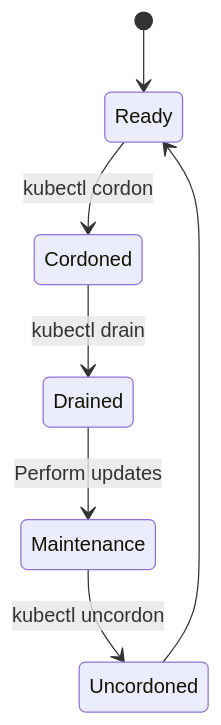
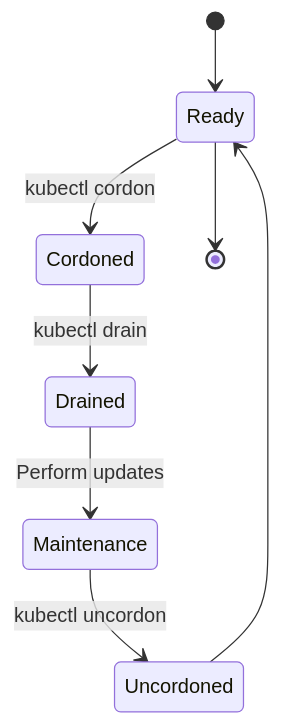
Before and after one commit to courselabs/kubernetes: the tenth of 12 diagrams in slides/clusters/slides.md, drawn with Mermaid. The commit also changed other lines of this file and 7 other files, not shown here.

````diff
--- a/slides/clusters/slides.md
+++ b/slides/clusters/slides.md
@@ -310,9 +555,10 @@
 ```mermaid
 stateDiagram-v2
     [*] --> Ready
     Ready --> Cordoned: kubectl cordon
     Cordoned --> Drained: kubectl drain
     Drained --> Maintenance: Perform updates
     Maintenance --> Uncordoned: kubectl uncordon
     Uncordoned --> Ready
+    Ready --> [*]
 ```
````
